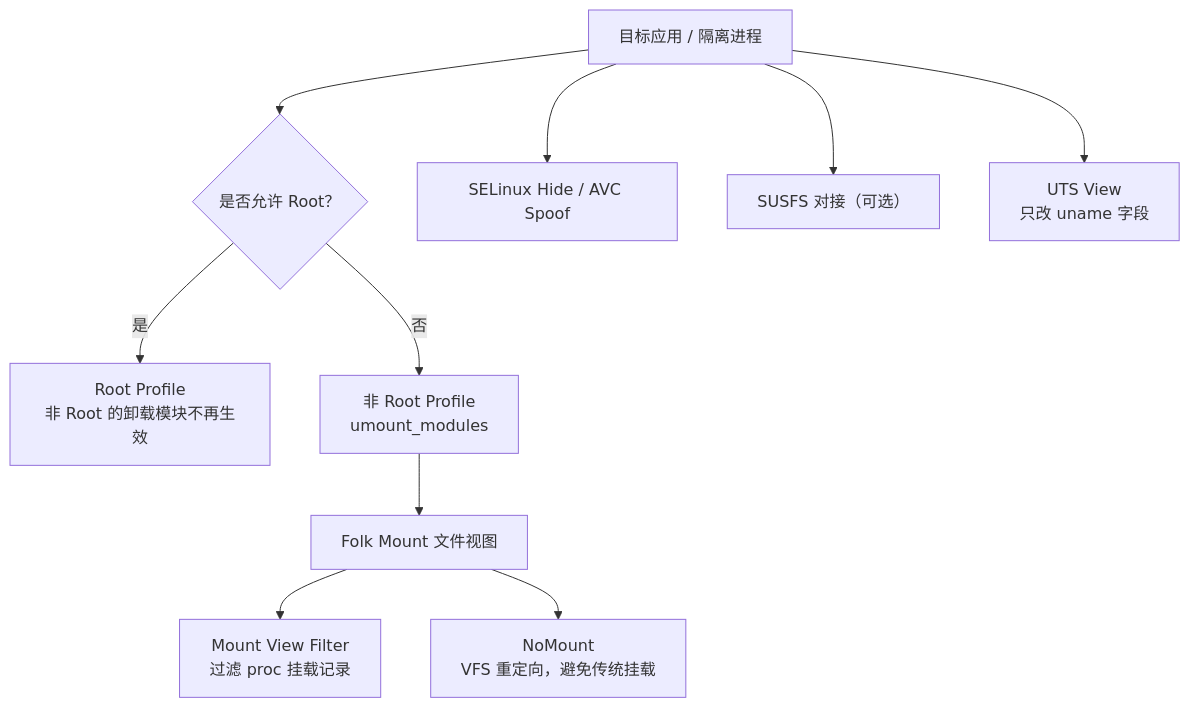
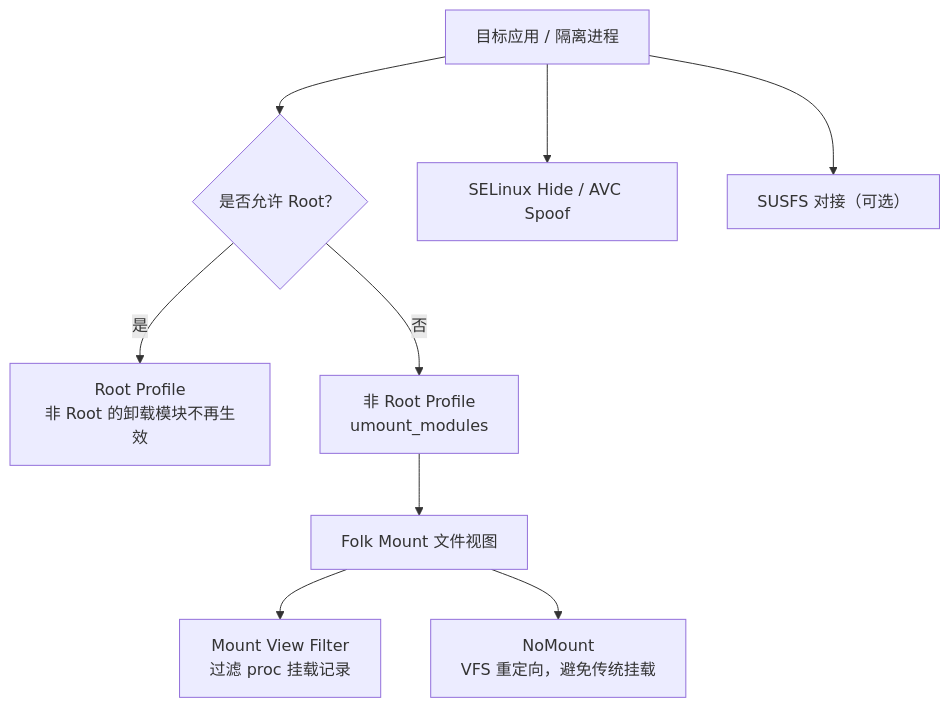
One commit to LxyaoX/FinaSU changed the diagram in website/docs/troubleshoot/detection.md. Above: the diagram before and after it, drawn with Mermaid. The commit also changed other lines of this file and 135 other files, not shown here.

````diff
--- a/website/docs/troubleshoot/detection.md
+++ b/website/docs/troubleshoot/detection.md
@@ -21,12 +21,11 @@
 ```mermaid
 flowchart TD
     A["目标应用 / 隔离进程"] --> B{"是否允许 Root？"}
     B -->|"是"| C["Root Profile<br/>非 Root 的卸载模块不再生效"]
     B -->|"否"| D["非 Root Profile<br/>umount_modules"]
     D --> E["Folk Mount 文件视图"]
     E --> F["Mount View Filter<br/>过滤 proc 挂载记录"]
     E --> G["NoMount<br/>VFS 重定向，避免传统挂载"]
     A --> H["SELinux Hide / AVC Spoof"]
     A --> I["SUSFS 对接（可选）"]
-    A --> J["UTS View<br/>只改 uname 字段"]
 ```
````
